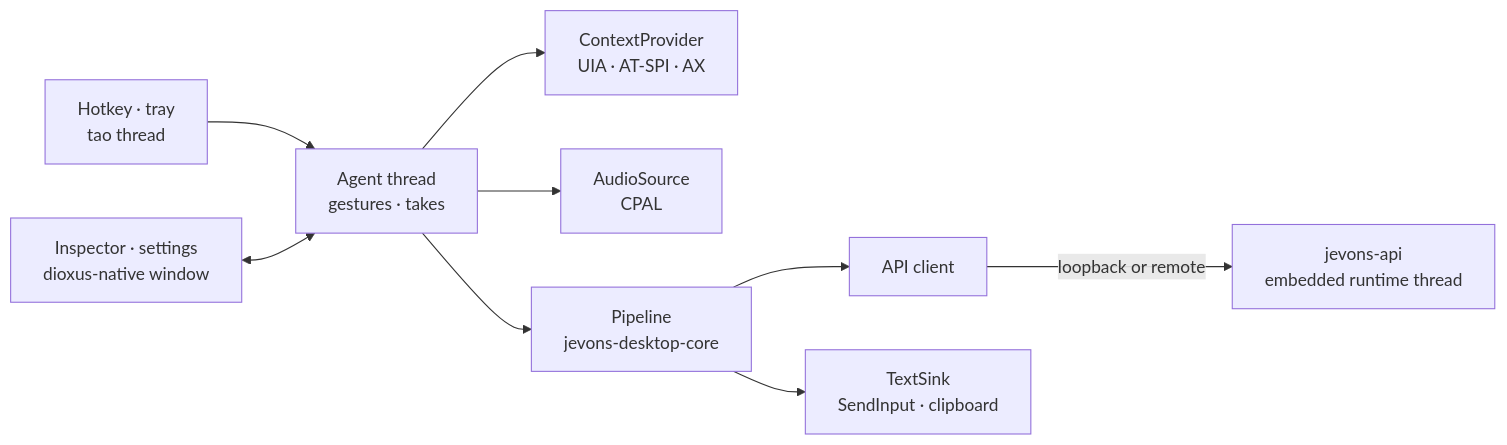
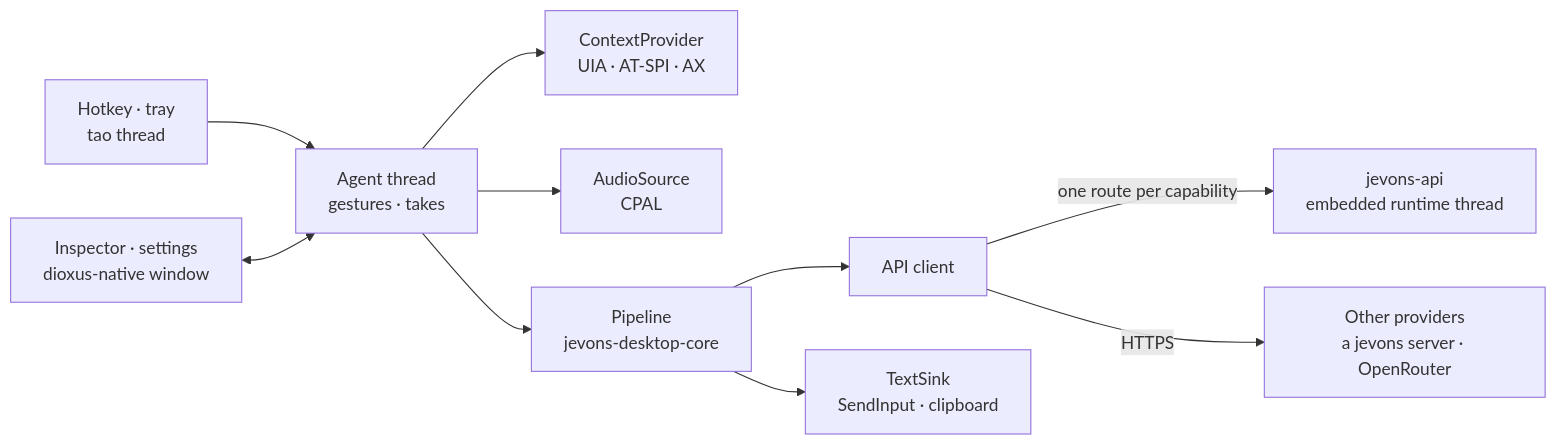
Before and after one commit to zojeda/jevons-rs: the diagram in docs/desktop.md, drawn with Mermaid. The commit also changed other lines of this file and 33 other files, not shown here.

First line of the commit message:
Each capability has a route to a provider, and decisions know what theirs takes

````diff
--- a/docs/desktop.md
+++ b/docs/desktop.md
@@ -406,11 +444,12 @@
 ```mermaid
 flowchart LR
     hotkey["Hotkey · tray<br/>tao thread"] --> agent
     inspector["Inspector · settings<br/>dioxus-native window"] <--> agent
     agent["Agent thread<br/>gestures · takes"] --> context["ContextProvider<br/>UIA · AT-SPI · AX"]
     agent --> mic["AudioSource<br/>CPAL"]
     agent --> pipeline["Pipeline<br/>jevons-desktop-core"]
     pipeline --> client["API client"]
-    client -- "loopback or remote" --> api["jevons-api<br/>embedded runtime thread"]
+    client -- "one route per capability" --> api["jevons-api<br/>embedded runtime thread"]
+    client -- "HTTPS" --> providers["Other providers<br/>a jevons server · OpenRouter"]
     pipeline --> sink["TextSink<br/>SendInput · clipboard"]
 ```
````
